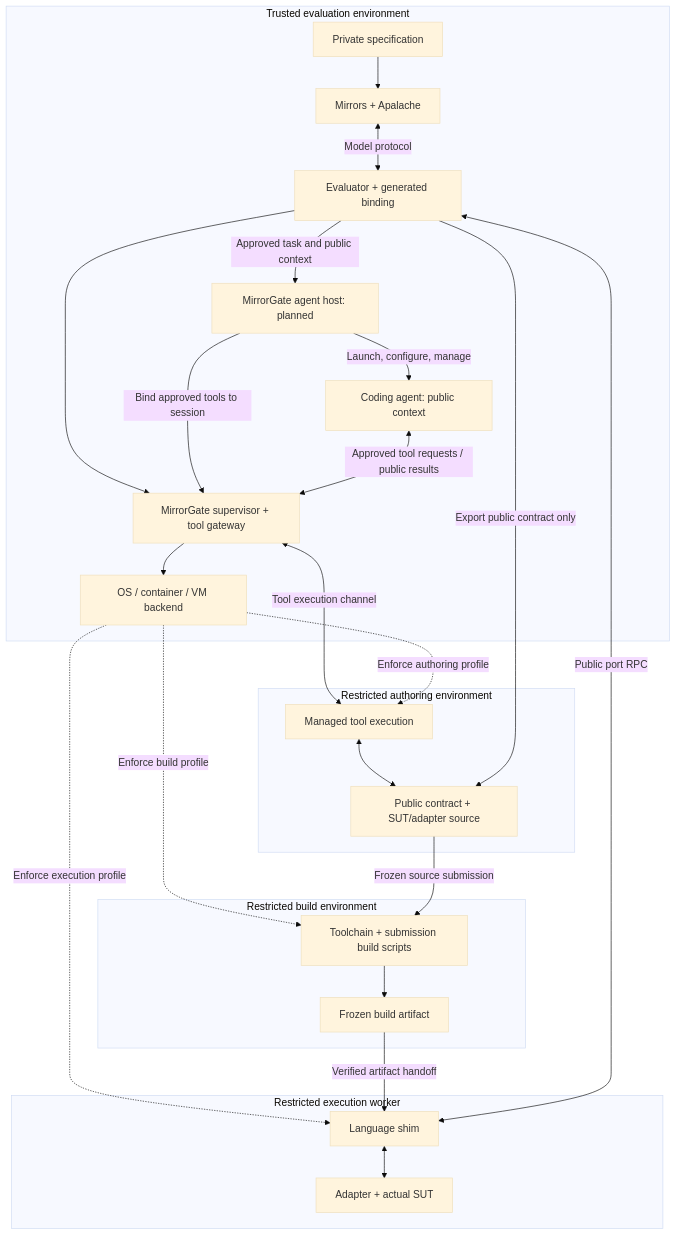
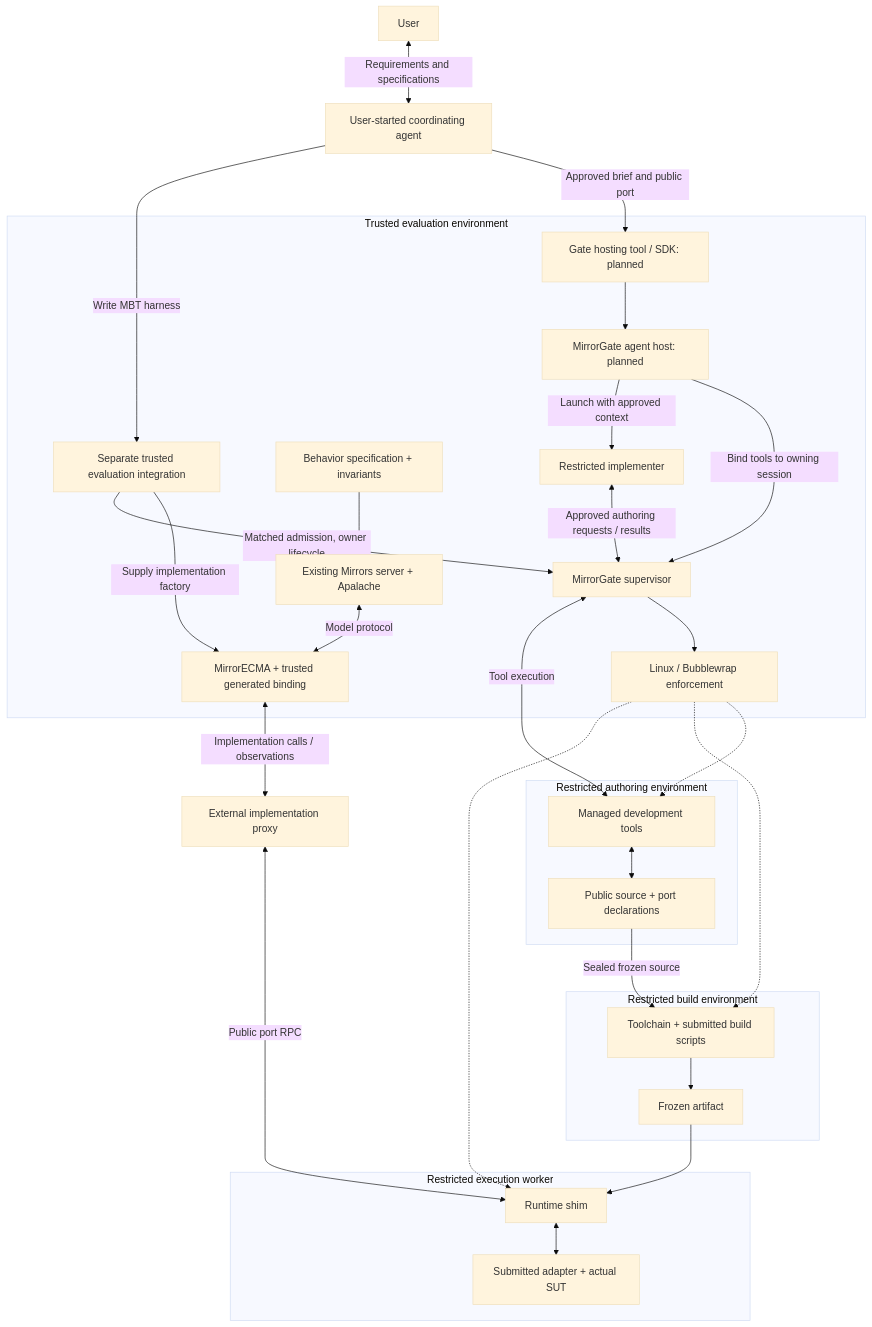
The diagram in docs/architecture.md (NzSN/MirrorGate), drawn with Mermaid (base theme) before and after one commit. The commit also changed other lines of this file and 12 other files, not shown here.

Commit message:
docs: plan managed hosting and external MBT integration

````diff
--- a/docs/architecture.md
+++ b/docs/architecture.md
@@ -78,31 +106,34 @@
 ```mermaid
 flowchart TB
-    Agent["Coding agent: public context"]
+    User["User"] <-->|"Requirements and specifications"| Coordinator["User-started coordinating agent"]
+    Coordinator -->|"Approved brief and public port"| HostingTool["Gate hosting tool / SDK: planned"]
+    Coordinator -->|"Write MBT harness"| Integration["Separate trusted evaluation integration"]
     subgraph Trusted["Trusted evaluation environment"]
-        Spec["Private specification"] --> Mirrors["Mirrors + Apalache"]
-        Mirrors <-->|"Model protocol"| Evaluator["Evaluator + generated binding"]
-        Evaluator --> Supervisor["MirrorGate supervisor + tool gateway"]
-        Evaluator -->|"Approved task and public context"| Host["MirrorGate agent host: planned"]
-        Host -->|"Launch, configure, manage"| Agent
-        Host -->|"Bind approved tools to session"| Supervisor
-        Supervisor --> Backend["OS / container / VM backend"]
+        Spec["Behavior specification + invariants"] --> Mirrors["Existing Mirrors server + Apalache"]
+        Mirrors <-->|"Model protocol"| MBT["MirrorECMA + trusted generated binding"]
+        Integration -->|"Supply implementation factory"| MBT
+        Integration -->|"Matched admission, owner lifecycle"| Supervisor["MirrorGate supervisor"]
+        HostingTool --> Host["MirrorGate agent host: planned"]
+        Host -->|"Bind tools to owning session"| Supervisor
+        Host -->|"Launch with approved context"| Agent["Restricted implementer"]
+        Supervisor --> Backend["Linux / Bubblewrap enforcement"]
     end
     subgraph Authoring["Restricted authoring environment"]
-        Tools["Managed tool execution"] <--> Workspace["Public contract + SUT/adapter source"]
+        Tools["Managed development tools"] <--> Workspace["Public source + port declarations"]
     end
     subgraph Build["Restricted build environment"]
-        Builder["Toolchain + submission build scripts"] --> Artifact["Frozen build artifact"]
+        Builder["Toolchain + submitted build scripts"] --> Artifact["Frozen artifact"]
     end
-    subgraph Restricted["Restricted execution worker"]
-        Shim["Language shim"] <--> Adapter["Adapter + actual SUT"]
+    subgraph Execution["Restricted execution worker"]
+        Shim["Runtime shim"] <--> Adapter["Submitted adapter + actual SUT"]
     end
-    Agent <-->|"Approved tool requests / public results"| Supervisor
-    Supervisor <-->|"Tool execution channel"| Tools
-    Backend -.->|"Enforce authoring profile"| Tools
-    Backend -.->|"Enforce build profile"| Builder
-    Backend -.->|"Enforce execution profile"| Shim
-    Evaluator -->|"Export public contract only"| Workspace
-    Workspace -->|"Frozen source submission"| Builder
-    Artifact -->|"Verified artifact handoff"| Shim
-    Evaluator <-->|"Public port RPC"| Shim
+    Agent <-->|"Approved authoring requests / results"| Supervisor
+    Supervisor <-->|"Tool execution"| Tools
+    Backend -.-> Tools
+    Backend -.-> Builder
+    Backend -.-> Shim
+    Workspace -->|"Sealed frozen source"| Builder
+    Artifact --> Shim
+    MBT <-->|"Implementation calls / observations"| Proxy["External implementation proxy"]
+    Proxy <-->|"Public port RPC"| Shim
 ```
````
